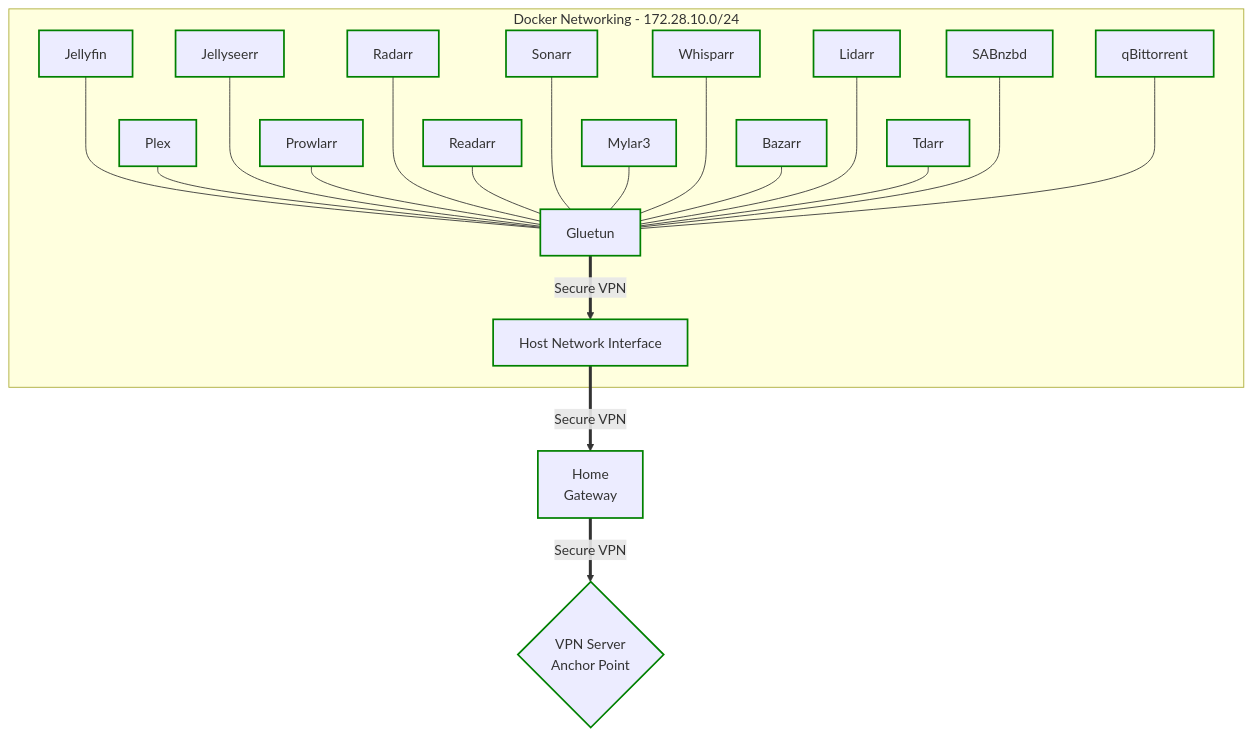
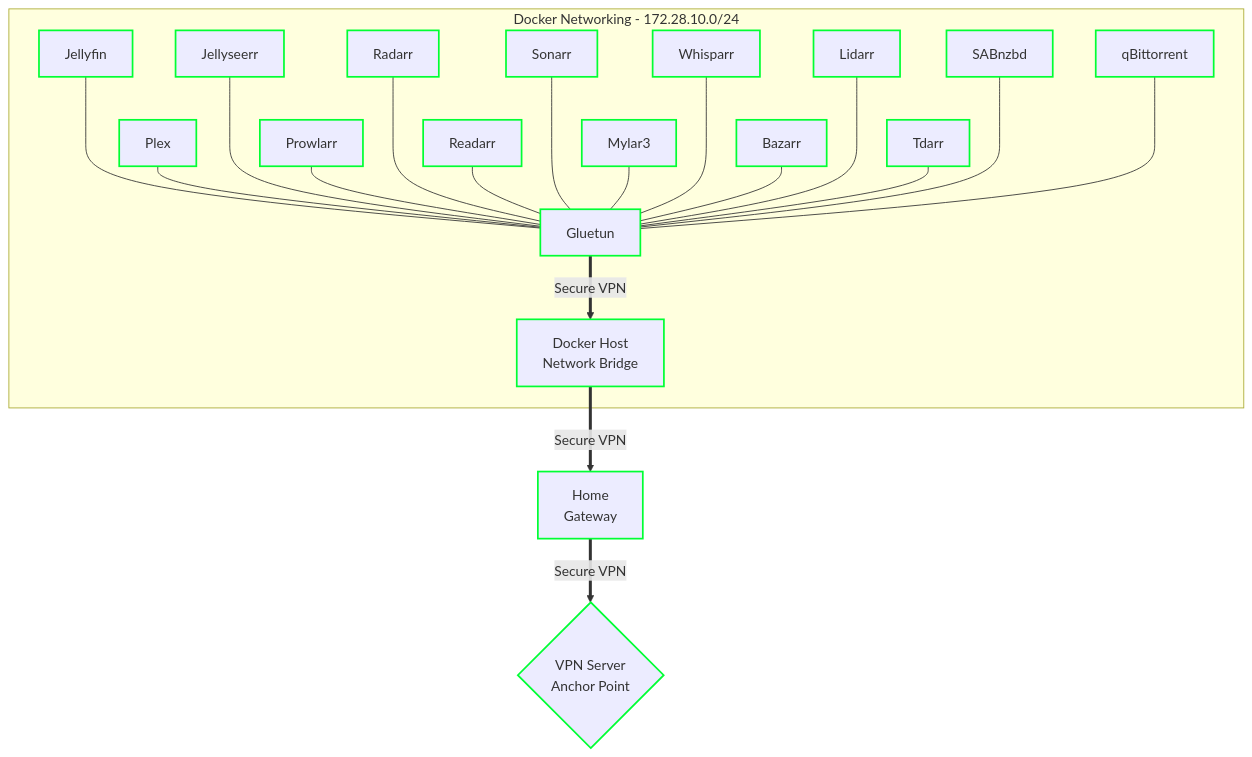
The first of 4 diagrams in README.md (geekau/mediastack), drawn with Mermaid before and after one commit. The commit also changed other lines of this file and 7 other files, not shown here.

````diff
--- a/README.md
+++ b/README.md
@@ -101,42 +102,42 @@
 ``` mermaid
 graph TD
     subgraph DockerNet[<center>Docker Networking - 172.28.10.0/24</center>]
         Jellyfin ---- Gluetun
         Plex --- Gluetun
         Jellyseerr ---- Gluetun
         Prowlarr --- Gluetun
         Radarr ---- Gluetun
         Readarr --- Gluetun
         Sonarr ---- Gluetun
         Mylar3 --- Gluetun
         Whisparr ---- Gluetun
         Bazarr --- Gluetun
         Lidarr ---- Gluetun
         Tdarr --- Gluetun
         SABnzbd ---- Gluetun
-        NIC[Host Network Interface]
+        NIC[Docker Host</br>Network Bridge]
         qBittorrent ---- Gluetun
     end
     Gluetun ==>| Secure VPN | NIC
-    NIC ==>| Secure VPN | Gateway[<center>Home</p>Gateway</center>]
-    Gateway ==>|Secure VPN |VPN{<center>VPN Server</p>Anchor Point</center>}
+    NIC ==>| Secure VPN | Gateway[<center>Home</br>Gateway</center>]
+    Gateway ==>|Secure VPN |VPN{<center>VPN Server</br>Anchor Point</center>}
     
-    style Bazarr stroke:green,stroke-width:2px
-    style Lidarr stroke:green,stroke-width:2px
-    style Mylar3 stroke:green,stroke-width:2px
-    style Prowlarr stroke:green,stroke-width:2px
-    style Radarr stroke:green,stroke-width:2px
-    style Readarr stroke:green,stroke-width:2px
-    style Sonarr stroke:green,stroke-width:2px
-    style Tdarr stroke:green,stroke-width:2px
-    style Whisparr stroke:green,stroke-width:2px
-    style Jellyfin stroke:green,stroke-width:2px
-    style Plex stroke:green,stroke-width:2px
-    style qBittorrent stroke:green,stroke-width:2px
-    style Jellyseerr stroke:green,stroke-width:2px
-    style SABnzbd stroke:green,stroke-width:2px
-    style Gluetun stroke:green,stroke-width:2px
-    style NIC stroke:green,stroke-width:2px
-    style Gateway stroke:green,stroke-width:2px
-    style VPN stroke:green,stroke-width:2px
+    style Bazarr      stroke:#00FF33,stroke-width:2px
+    style Lidarr      stroke:#00FF33,stroke-width:2px
+    style Mylar3      stroke:#00FF33,stroke-width:2px
+    style Prowlarr    stroke:#00FF33,stroke-width:2px
+    style Radarr      stroke:#00FF33,stroke-width:2px
+    style Readarr     stroke:#00FF33,stroke-width:2px
+    style Sonarr      stroke:#00FF33,stroke-width:2px
+    style Tdarr       stroke:#00FF33,stroke-width:2px
+    style Whisparr    stroke:#00FF33,stroke-width:2px
+    style Jellyfin    stroke:#00FF33,stroke-width:2px
+    style Plex        stroke:#00FF33,stroke-width:2px
+    style qBittorrent stroke:#00FF33,stroke-width:2px
+    style Jellyseerr  stroke:#00FF33,stroke-width:2px
+    style SABnzbd     stroke:#00FF33,stroke-width:2px
+    style Gluetun     stroke:#00FF33,stroke-width:2px
+    style NIC         stroke:#00FF33,stroke-width:2px
+    style Gateway     stroke:#00FF33,stroke-width:2px
+    style VPN         stroke:#00FF33,stroke-width:2px
 ```
````
